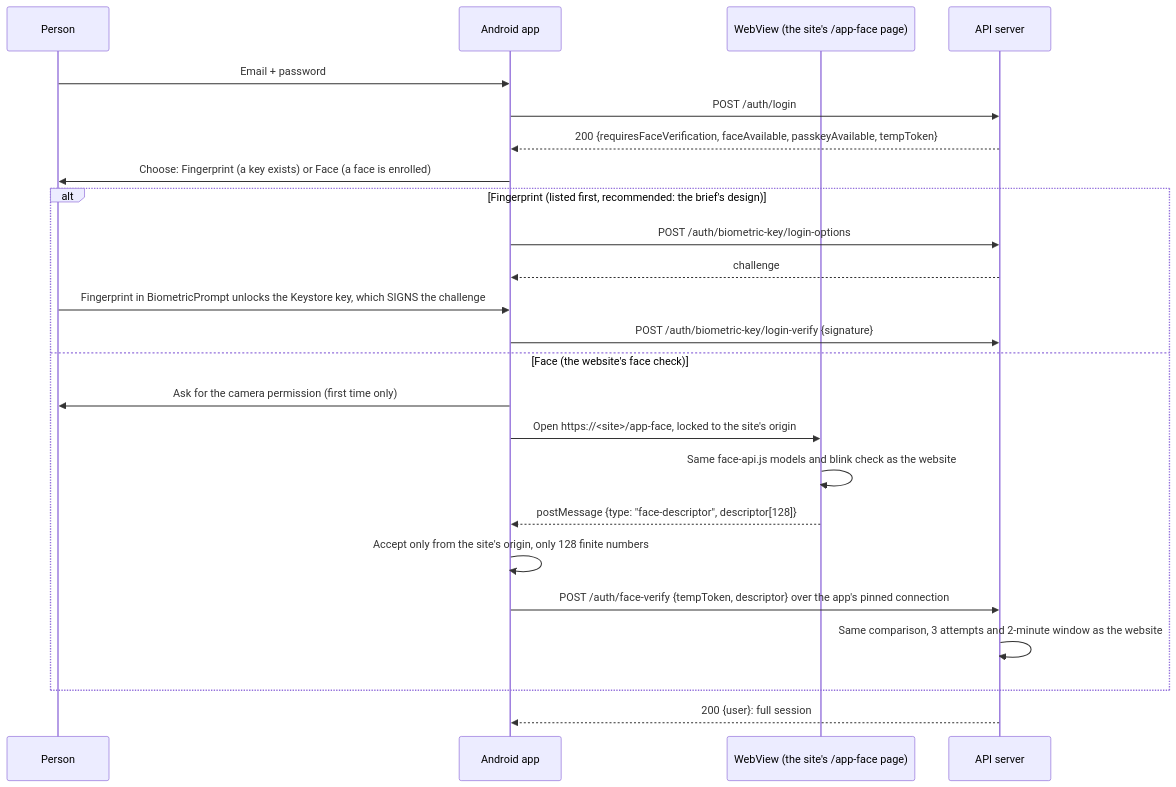
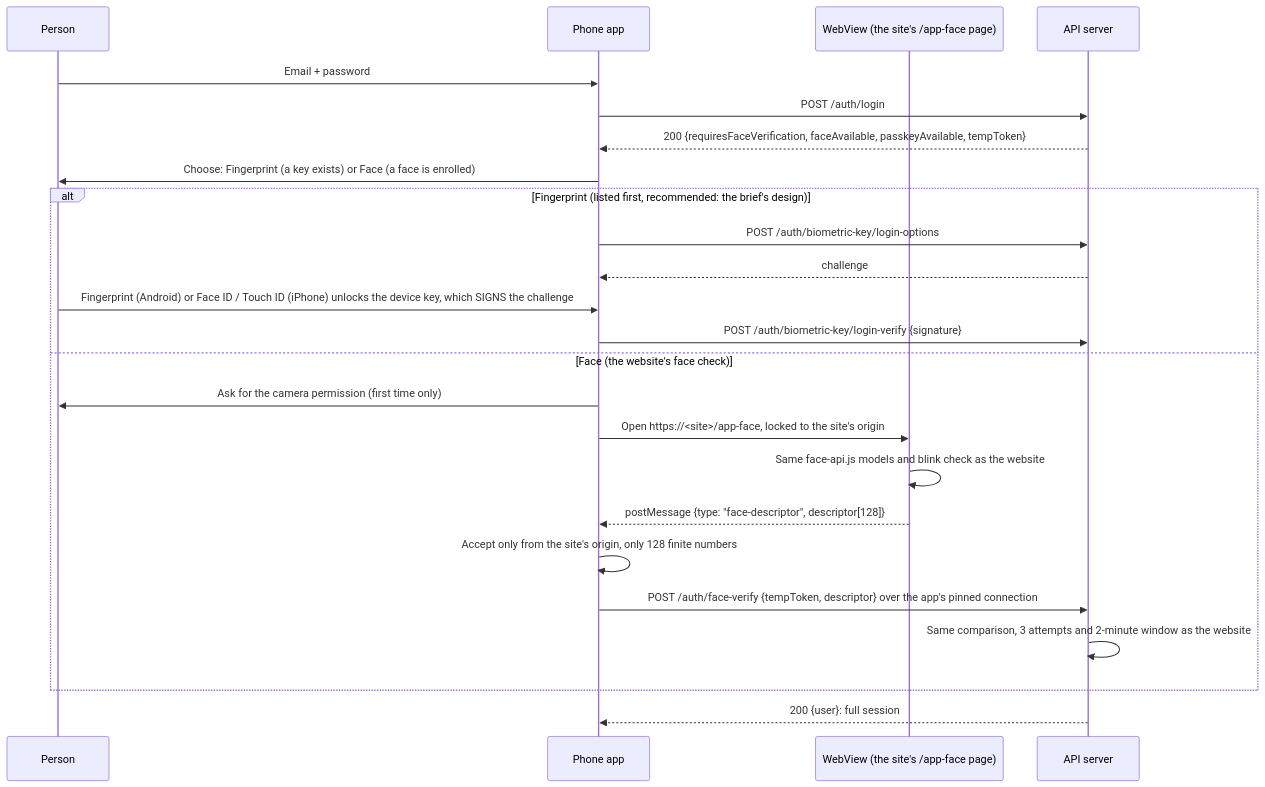
The third of 3 diagrams in docs/02_Authentication_Flow.md (GYaseenkhan/Biometric--Authentication), drawn with Mermaid before and after one commit. The commit also changed other lines of this file and 23 other files, not shown here.

First line of the commit message:
Bring the iOS app level with Android, and build it on a GitHub Mac (#25)

````diff
--- a/docs/02_Authentication_Flow.md
+++ b/docs/02_Authentication_Flow.md
@@ -92,28 +94,28 @@
 ```mermaid
 sequenceDiagram
     participant U as Person
-    participant App as Android app
+    participant App as Phone app
     participant W as WebView (the site's /app-face page)
     participant A as API server
 
     U->>App: Email + password
     App->>A: POST /auth/login
     A-->>App: 200 {requiresFaceVerification, faceAvailable, passkeyAvailable, tempToken}
     App->>U: Choose: Fingerprint (a key exists) or Face (a face is enrolled)
 
     alt Fingerprint (listed first, recommended: the brief's design)
         App->>A: POST /auth/biometric-key/login-options
         A-->>App: challenge
-        U->>App: Fingerprint in BiometricPrompt unlocks the Keystore key, which SIGNS the challenge
+        U->>App: Fingerprint (Android) or Face ID / Touch ID (iPhone) unlocks the device key, which SIGNS the challenge
         App->>A: POST /auth/biometric-key/login-verify {signature}
     else Face (the website's face check)
         App->>U: Ask for the camera permission (first time only)
         App->>W: Open https://<site>/app-face, locked to the site's origin
         W->>W: Same face-api.js models and blink check as the website
         W-->>App: postMessage {type: "face-descriptor", descriptor[128]}
         App->>App: Accept only from the site's origin, only 128 finite numbers
         App->>A: POST /auth/face-verify {tempToken, descriptor} over the app's pinned connection
         A->>A: Same comparison, 3 attempts and 2-minute window as the website
     end
     A-->>App: 200 {user}: full session
 ```
````
